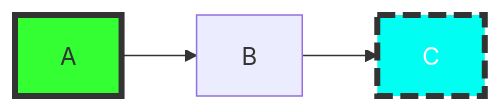
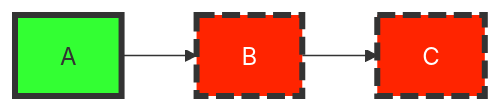
One commit to SergeevSergeiS/Wildberries changed the diagram in README.md. Above: the diagram before and after it, drawn with Mermaid.

Commit message:
README.md created

````diff
--- a/README.md
+++ b/README.md
@@ -1,8 +1,8 @@
 ```mermaid
   flowchart LR
     classDef class1 fill:#3f3,stroke:#333,stroke-width:4px
     classDef class2 fill:#ff2400,stroke:#333,stroke-width:4px,color:#fff,stroke-dasharray: 12 5
-    classDef class2 fill:#00fff2,stroke:#333,stroke-width:4px,color:#fff,stroke-dasharray: 12 5
+    classDef class3 fill:#00fff2,stroke:#333,stroke-width:4px,color:#fff,stroke-dasharray: 12 5
     
-    A:::class1 --> B:::class3 --> C:::class2
+    A:::class1 --> B:::class2 --> C:::class2
 ```
````
